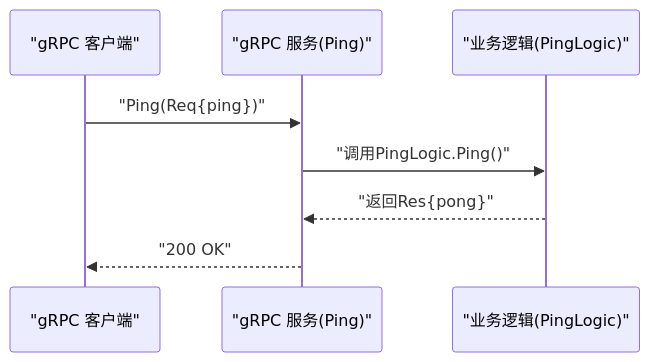
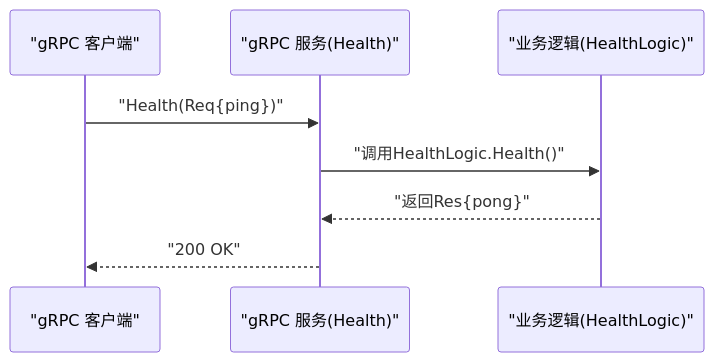
The third of 6 diagrams in .qoder/repowiki/zh/content/AI应用模块/SSE网关服务/Ping健康检查.md (maomao94/zero-service), drawn with Mermaid before and after one commit. The commit also changed other lines of this file and 6 other files, not shown here.

````diff
--- a/.qoder/repowiki/zh/content/AI应用模块/SSE网关服务/Ping健康检查.md
+++ b/.qoder/repowiki/zh/content/AI应用模块/SSE网关服务/Ping健康检查.md
@@ -130,10 +141,10 @@
 ```mermaid
 sequenceDiagram
 participant C as "gRPC 客户端"
-participant S as "gRPC 服务(Ping)"
-participant L as "业务逻辑(PingLogic)"
-C->>S : "Ping(Req{ping})"
-S->>L : "调用PingLogic.Ping()"
+participant S as "gRPC 服务(Health)"
+participant L as "业务逻辑(HealthLogic)"
+C->>S : "Health(Req{ping})"
+S->>L : "调用HealthLogic.Health()"
 L-->>S : "返回Res{pong}"
 S-->>C : "200 OK"
 ```
````
